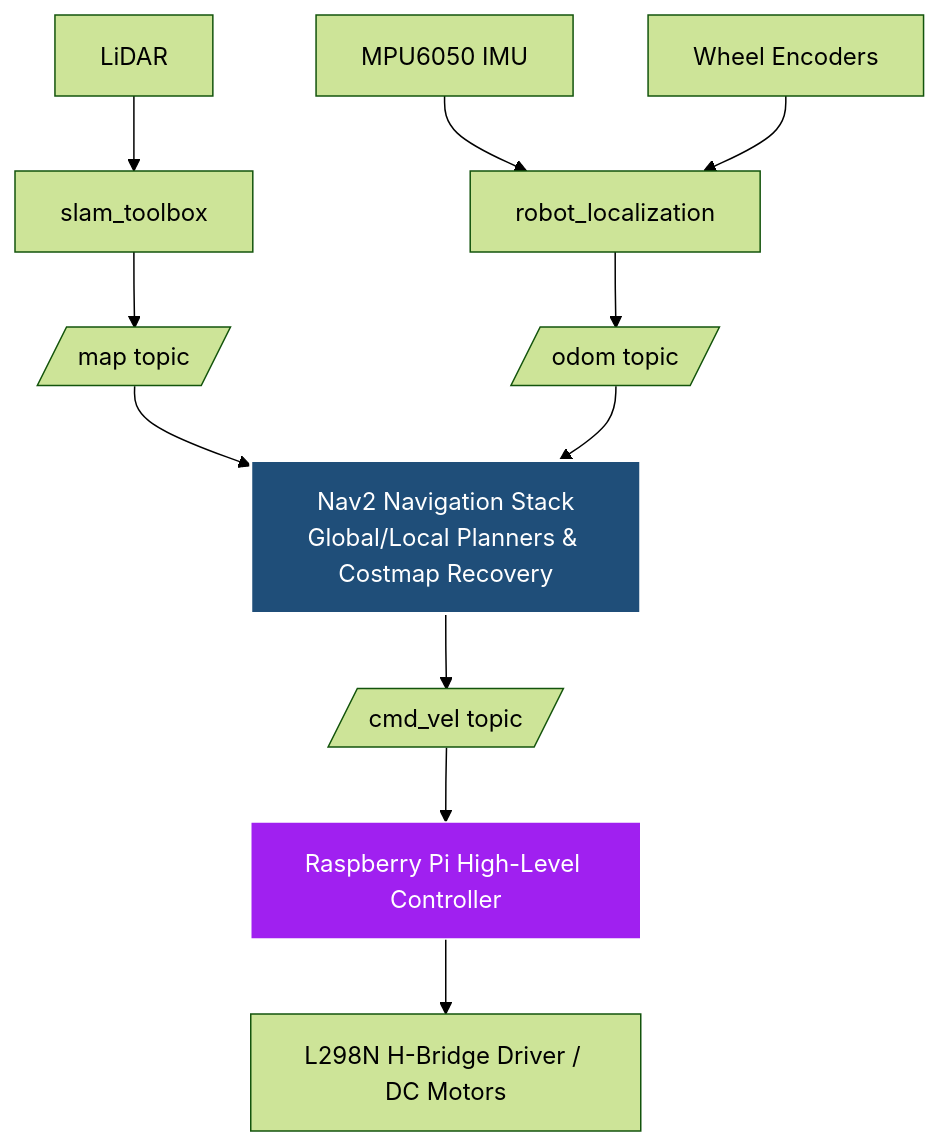
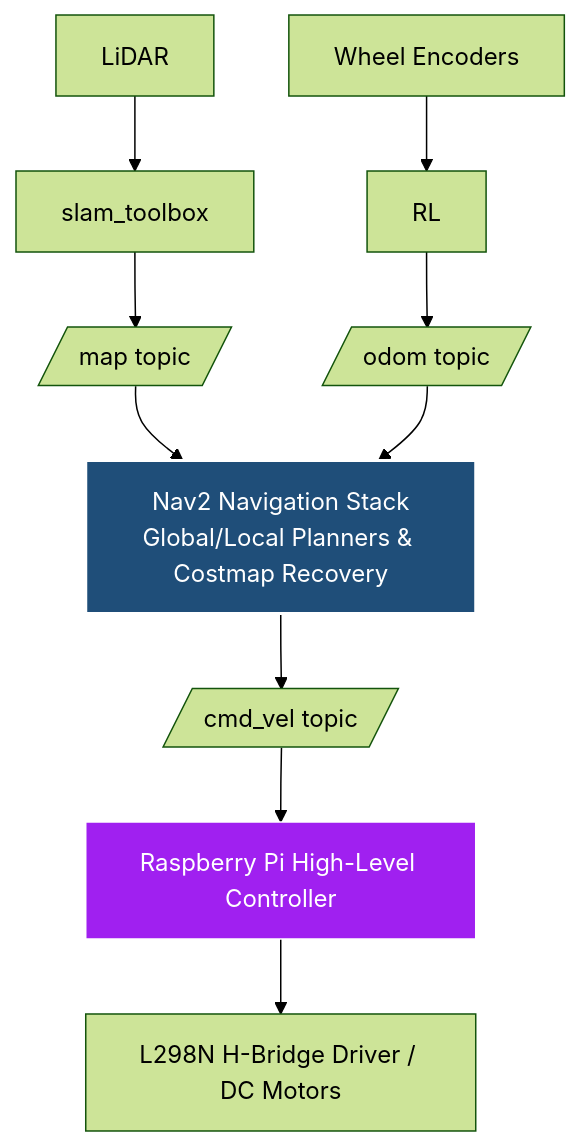
The diagram in README.md (Mustafa-s3/autonomous-nav2-robot), drawn with Mermaid (forest theme) before and after one commit.

````diff
--- a/README.md
+++ b/README.md
@@ -16,22 +16,21 @@
 ```mermaid
 graph TD
     %% Define Nodes
     L[LiDAR] --> ST[slam_toolbox]
-    IMU[MPU6050 IMU] --> RL[robot_localization]
     WE[Wheel Encoders] --> RL
     
     ST --> MAP[/map topic/]
     RL --> ODOM[/odom topic/]
     
     MAP --> NAV2[Nav2 Navigation Stack<br>Global/Local Planners & Costmap Recovery]
     ODOM --> NAV2
     
     NAV2 --> CMD[/cmd_vel topic/]
     
     CMD --> RPi[Raspberry Pi High-Level Controller]
     RPi --> MOT[L298N H-Bridge Driver / DC Motors]
 
     %% Styling
     style NAV2 fill:#1f4e79,stroke:#fff,stroke-width:2px,color:#fff
     style RPi fill:#a020f0,stroke:#fff,stroke-width:1px,color:#fff
 ```
````
